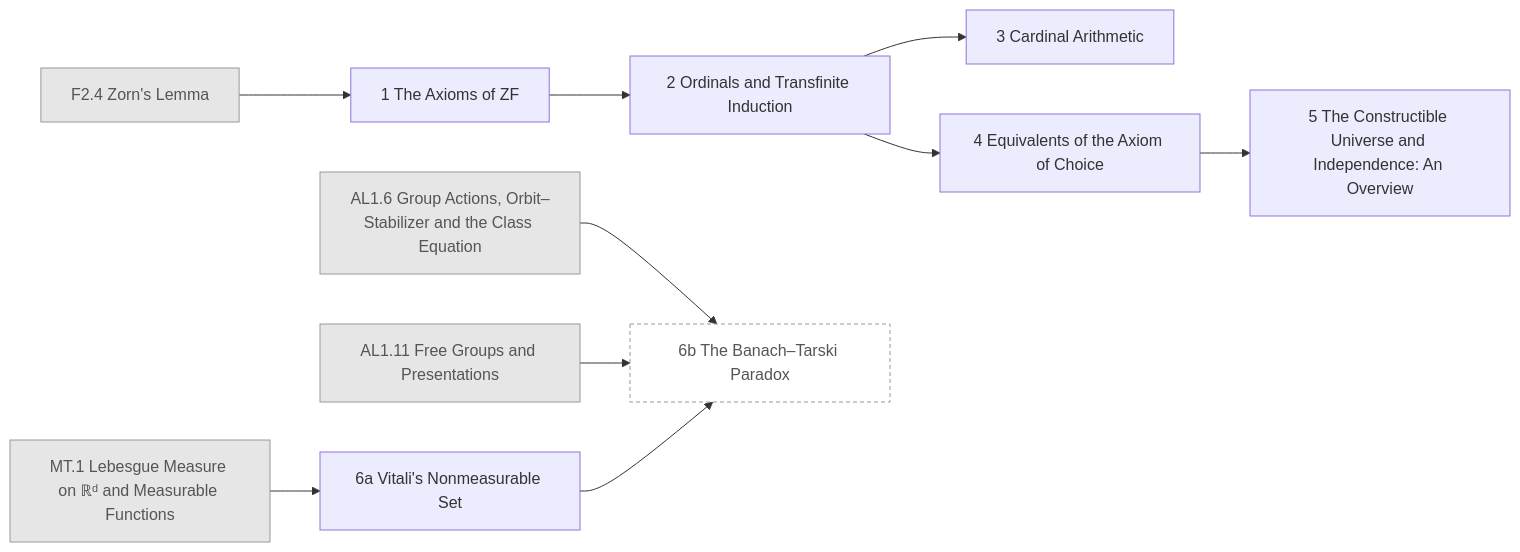
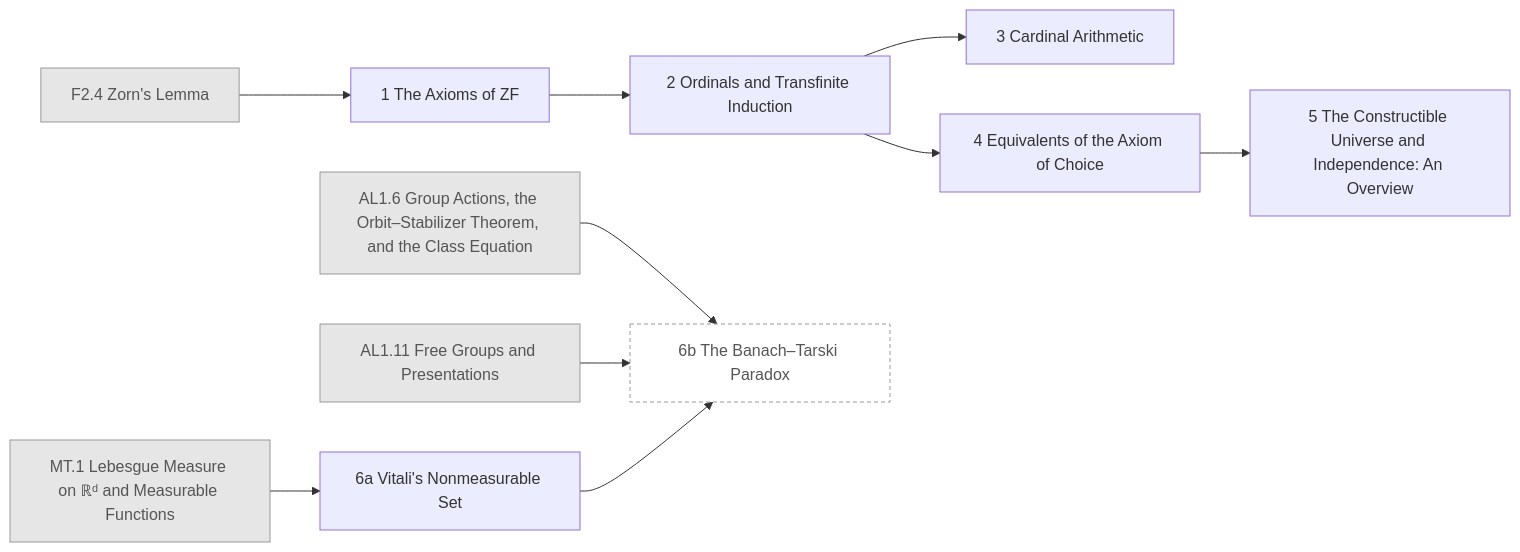
Before and after one commit to AkizumiFox/math-atlas: the diagram in generated/chapters/ST.mmd, drawn with Mermaid. The commit also changed 24 other files, not shown here.

```diff
--- a/generated/chapters/ST.mmd
+++ b/generated/chapters/ST.mmd
@@ -1,24 +1,24 @@
 flowchart LR
   F2_4["F2.4 Zorn's Lemma"]:::ext
-  AL1_6["AL1.6 Group Actions, Orbit–Stabilizer and the Class Equation"]:::ext
+  AL1_6["AL1.6 Group Actions, the Orbit–Stabilizer Theorem, and the Class Equation"]:::ext
   AL1_11["AL1.11 Free Groups and Presentations"]:::ext
   MT_1["MT.1 Lebesgue Measure on ℝᵈ and Measurable Functions"]:::ext
   ST_1["1 The Axioms of ZF"]
   ST_2["2 Ordinals and Transfinite Induction"]
   ST_3["3 Cardinal Arithmetic"]
   ST_4["4 Equivalents of the Axiom of Choice"]
   ST_5["5 The Constructible Universe and Independence: An Overview"]
   ST_6a["6a Vitali's Nonmeasurable Set"]
   ST_6b["6b The Banach–Tarski Paradox"]:::opt
   F2_4 --> ST_1
   ST_1 --> ST_2
   ST_2 --> ST_3
   ST_2 --> ST_4
   ST_4 --> ST_5
   MT_1 --> ST_6a
   AL1_6 --> ST_6b
   AL1_11 --> ST_6b
   ST_6a --> ST_6b
   classDef ext fill:#e6e6e6,stroke:#999,color:#555
   classDef opt fill:#fff,stroke:#999,stroke-dasharray:4 3,color:#555
   classDef segb fill:#f6f6fb,stroke:#99a,color:#333
```
